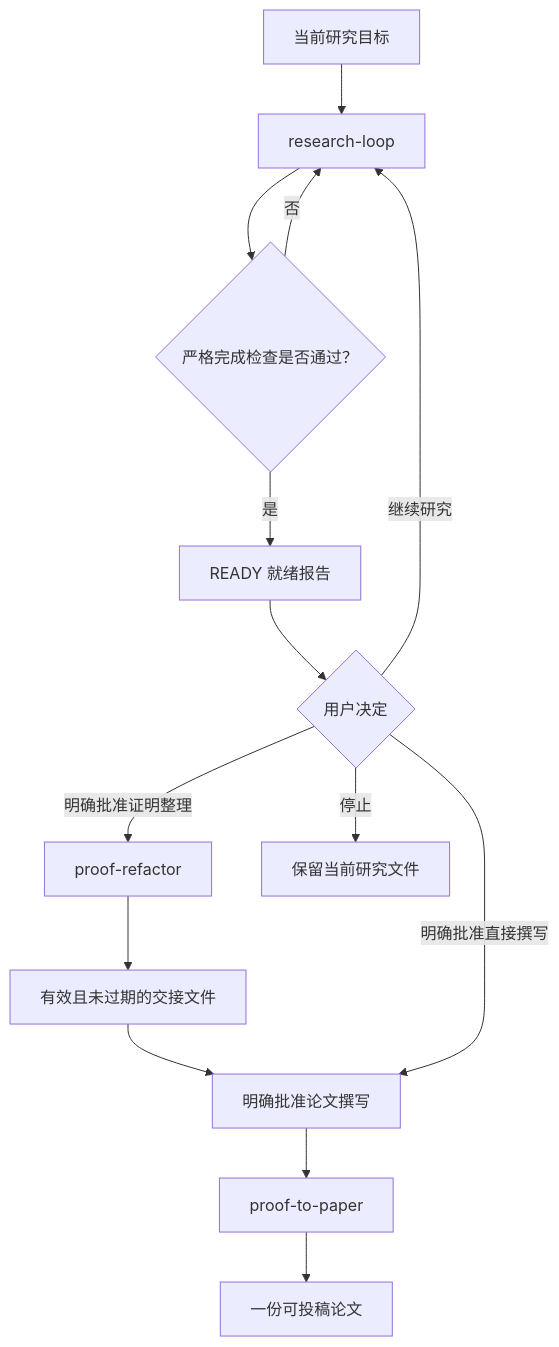
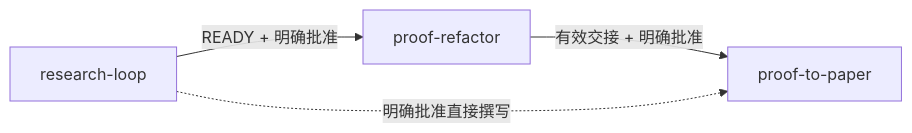
The diagram in README.zh-CN.md (pandaycxie/math-research-workflow), drawn with Mermaid before and after one commit. The commit also changed 1 other file, not shown here.

Commit message:
Compact README workflow diagrams

````diff
--- a/README.zh-CN.md
+++ b/README.zh-CN.md
@@ -29,16 +29,6 @@
 ```mermaid
-flowchart TD
-    G["当前研究目标"] --> RL["research-loop"]
-    RL --> C{"严格完成检查是否通过？"}
-    C -- "否" --> RL
-    C -- "是" --> R["READY 就绪报告"]
-    R --> D{"用户决定"}
-    D -- "继续研究" --> RL
-    D -- "明确批准证明整理" --> PR["proof-refactor"]
-    PR --> H["有效且未过期的交接文件"]
-    H --> A["明确批准论文撰写"]
-    D -- "明确批准直接撰写" --> A
-    A --> PP["proof-to-paper"]
-    PP --> M["一份可投稿论文"]
-    D -- "停止" --> X["保留当前研究文件"]
+flowchart LR
+    RL["research-loop"] -->|"READY + 明确批准"| PR["proof-refactor"]
+    PR -->|"有效交接 + 明确批准"| PP["proof-to-paper"]
+    RL -. "明确批准直接撰写" .-> PP
 ```
````
